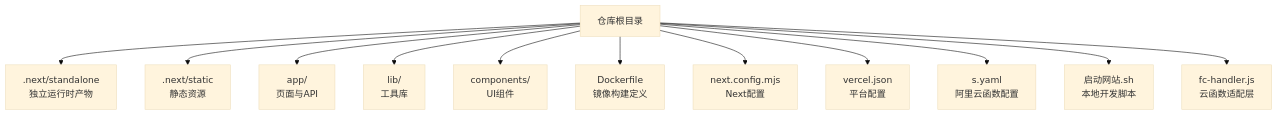
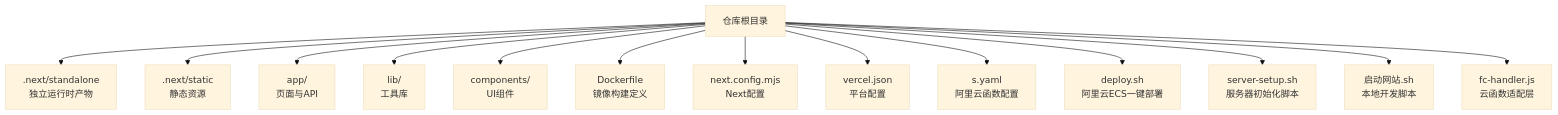
The first of 8 diagrams in .qoder/repowiki/zh/content/部署和运维/Docker容器化部署.md (zuozuoliu740-cmd/xianxiong-news), drawn with Mermaid (base theme) before and after one commit. The commit also changed other lines of this file and 11 other files, not shown here.

````diff
--- a/.qoder/repowiki/zh/content/部署和运维/Docker容器化部署.md
+++ b/.qoder/repowiki/zh/content/部署和运维/Docker容器化部署.md
@@ -47,14 +58,16 @@
 ```mermaid
 graph TB
 A["仓库根目录"] --> B[".next/standalone<br/>独立运行时产物"]
 A --> C[".next/static<br/>静态资源"]
 A --> D["app/<br/>页面与API"]
 A --> E["lib/<br/>工具库"]
 A --> F["components/<br/>UI组件"]
 A --> G["Dockerfile<br/>镜像构建定义"]
 A --> H["next.config.mjs<br/>Next配置"]
 A --> I["vercel.json<br/>平台配置"]
 A --> J["s.yaml<br/>阿里云函数配置"]
-A --> K["启动网站.sh<br/>本地开发脚本"]
-A --> L["fc-handler.js<br/>云函数适配层"]
+A --> K["deploy.sh<br/>阿里云ECS一键部署"]
+A --> L["server-setup.sh<br/>服务器初始化脚本"]
+A --> M["启动网站.sh<br/>本地开发脚本"]
+A --> N["fc-handler.js<br/>云函数适配层"]
 ```
````
